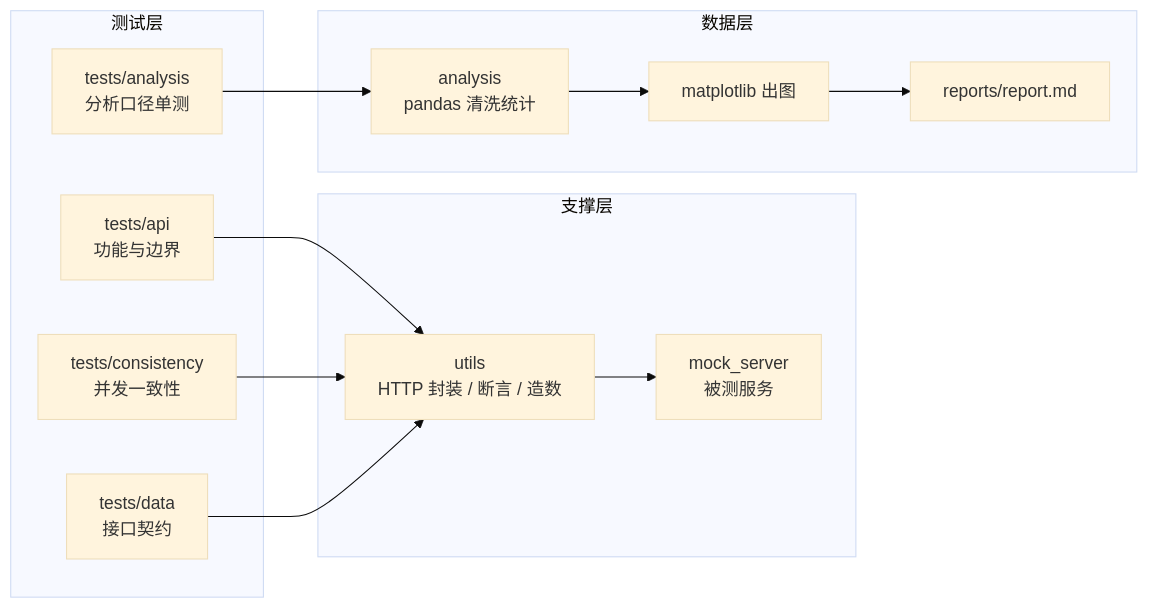
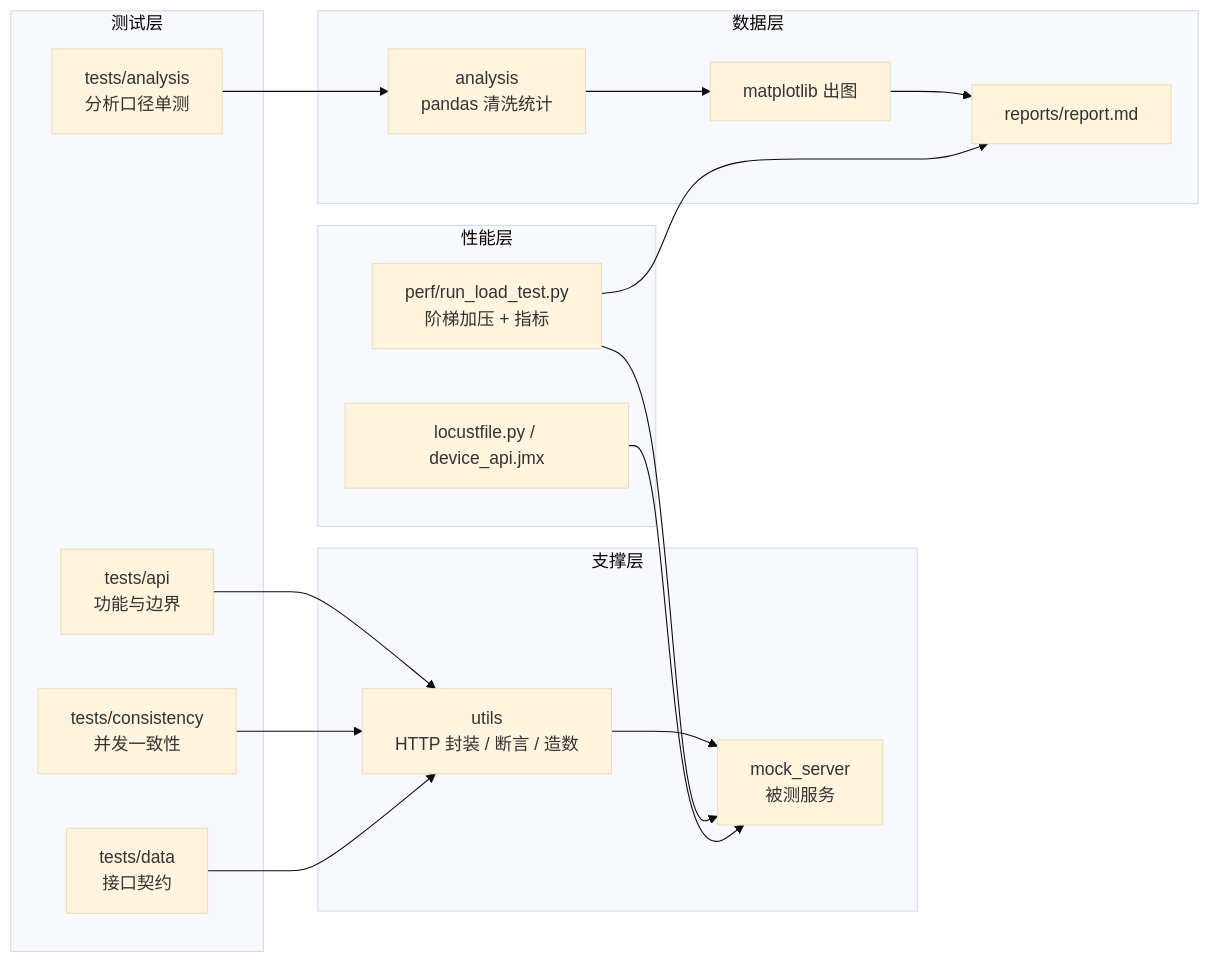
Before and after one commit to wangyingchao0509/device-qa-toolkit: the diagram in README.md, drawn with Mermaid (base theme). The commit also changed other lines of this file and 11 other files, not shown here.

````diff
--- a/README.md
+++ b/README.md
@@ -27,25 +27,32 @@
 ```mermaid
 flowchart LR
     subgraph 测试层
         T1[tests/api<br/>功能与边界]
         T2[tests/consistency<br/>并发一致性]
         T3[tests/data<br/>接口契约]
         T4[tests/analysis<br/>分析口径单测]
     end
     subgraph 支撑层
         U[utils<br/>HTTP 封装 / 断言 / 造数]
         M[mock_server<br/>被测服务]
     end
     subgraph 数据层
         A[analysis<br/>pandas 清洗统计]
         P[matplotlib 出图]
         R[reports/report.md]
     end
+    subgraph 性能层
+        PF[perf/run_load_test.py<br/>阶梯加压 + 指标]
+        LC[locustfile.py / device_api.jmx]
+    end
 
     T1 --> U
     T2 --> U
     T3 --> U
     U --> M
     T4 --> A
     A --> P --> R
+    PF --> M
+    LC --> M
+    PF --> R
 ```
````
